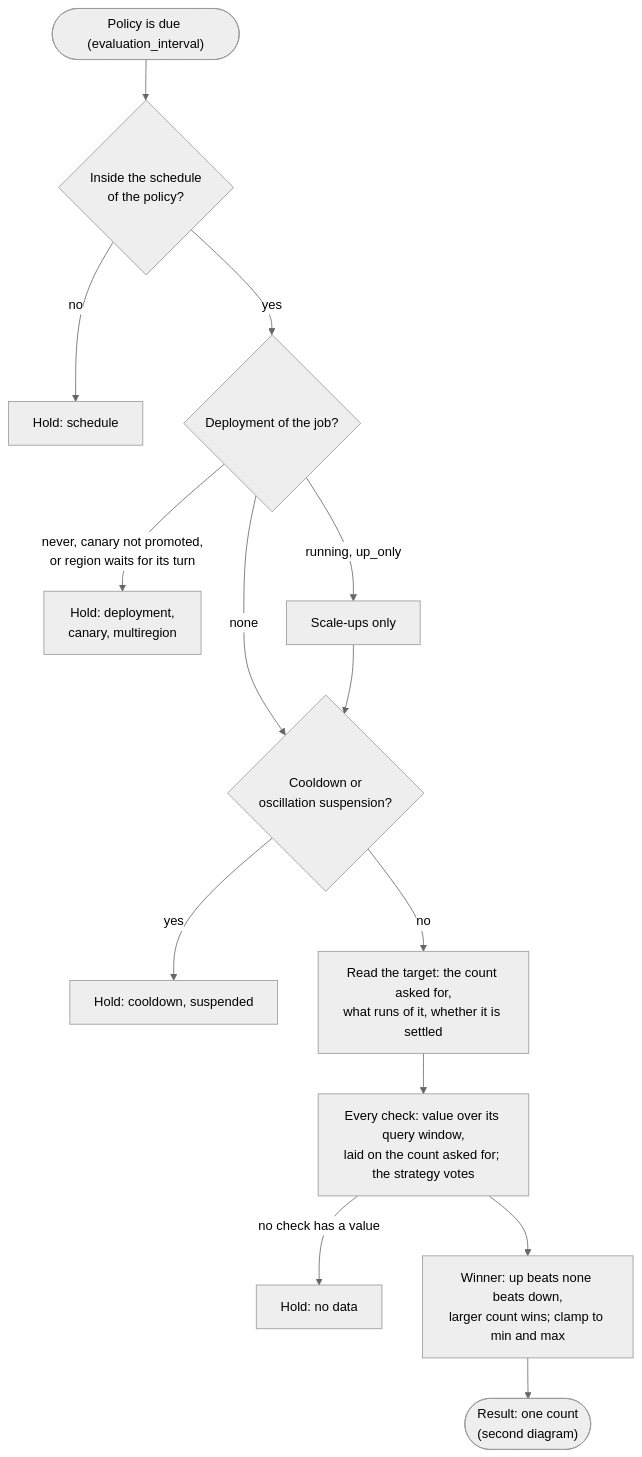
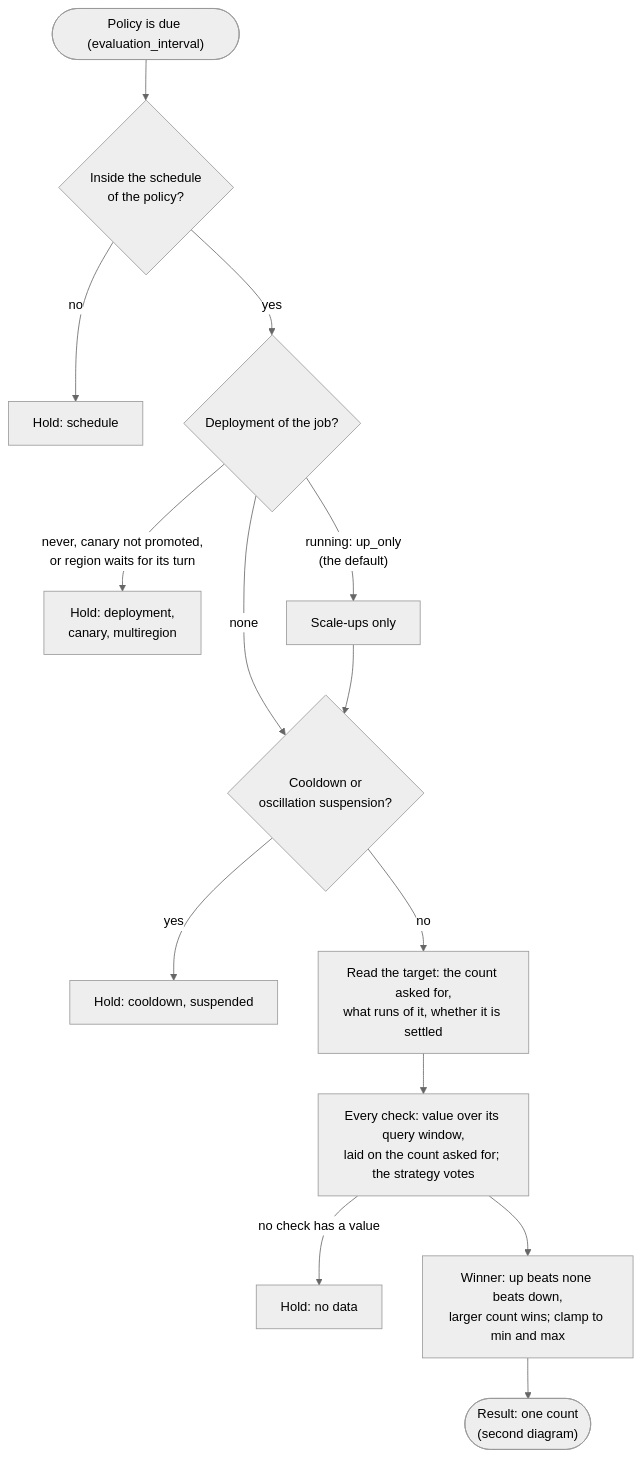
The second of 3 diagrams in content/docs/features/autoscaler/_index.md (bacanoo-io/norca-doc), drawn with Mermaid (neutral theme) before and after one commit. The commit also changed other lines of this file and 7 other files, not shown here.

First line of the commit message:
autoscaler: scaling is not a new version of a job; up_only by default

````diff
--- a/content/docs/features/autoscaler/_index.md
+++ b/content/docs/features/autoscaler/_index.md
@@ -138,16 +138,16 @@
 ```mermaid
 flowchart TD
   START(["Policy is due (evaluation_interval)"]) --> SCH{"Inside the schedule<br/>of the policy?"}
   SCH -->|"no"| H_SCH["Hold: schedule"]
   SCH -->|"yes"| DEP{"Deployment of the job?"}
   DEP -->|"never, canary not promoted,<br/>or region waits for its turn"| H_DEP["Hold: deployment,<br/>canary, multiregion"]
-  DEP -->|"running, up_only"| UPONLY["Scale-ups only"]
+  DEP -->|"running: up_only<br/>(the default)"| UPONLY["Scale-ups only"]
   DEP -->|"none"| CD{"Cooldown or<br/>oscillation suspension?"}
   UPONLY --> CD
   CD -->|"yes"| H_CD["Hold: cooldown, suspended"]
   CD -->|"no"| TARGET["Read the target: the count asked for,<br/>what runs of it, whether it is settled"]
   TARGET --> CHECKS["Every check: value over its query window,<br/>laid on the count asked for; the strategy votes"]
   CHECKS -->|"no check has a value"| H_ND["Hold: no data"]
   CHECKS --> WIN["Winner: up beats none beats down,<br/>larger count wins; clamp to min and max"]
   WIN --> RESULT(["Result: one count<br/>(second diagram)"])
 ```
````
